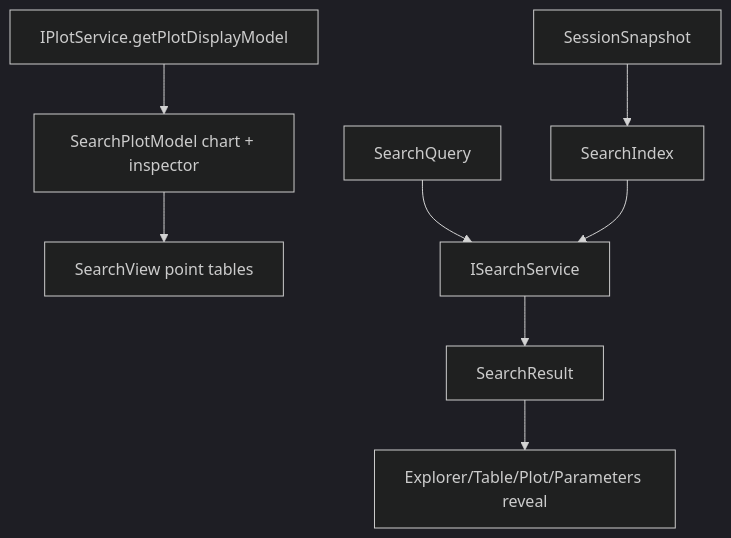
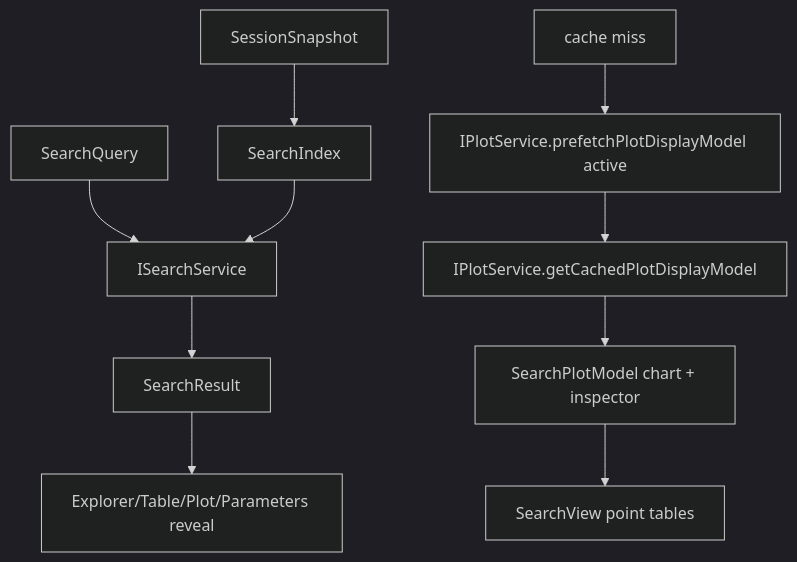
One commit to chogng/conductor changed the diagram in .github/instructions/search.instructions.md. Above: the diagram before and after it, drawn with Mermaid (dark theme). The commit also changed other lines of this file and 14 other files, not shown here.

````diff
--- a/.github/instructions/search.instructions.md
+++ b/.github/instructions/search.instructions.md
@@ -63,10 +63,12 @@
 ```mermaid
 flowchart TD
     Session[SessionSnapshot] --> Index[SearchIndex]
-    Plot[IPlotService.getPlotDisplayModel] --> SearchPlot[SearchPlotModel chart + inspector]
+    PlotCache[IPlotService.getCachedPlotDisplayModel] --> SearchPlot[SearchPlotModel chart + inspector]
+    PlotMiss[cache miss] --> PlotPrefetch[IPlotService.prefetchPlotDisplayModel active]
+    PlotPrefetch --> PlotCache
     SearchPlot --> SearchView[SearchView point tables]
     Query[SearchQuery] --> Search[ISearchService]
     Index --> Search
     Search --> Results[SearchResult]
     Results --> Navigation[Explorer/Table/Plot/Parameters reveal]
 ```
````
